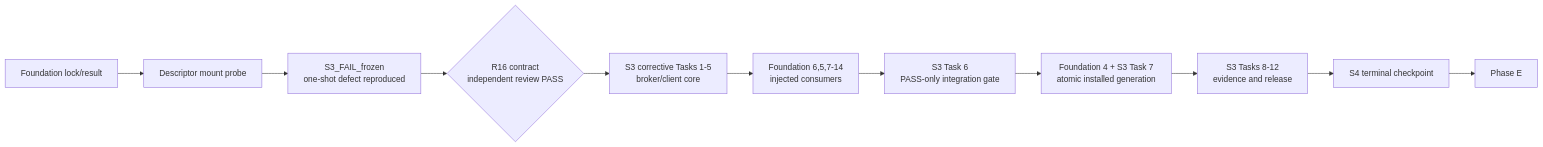
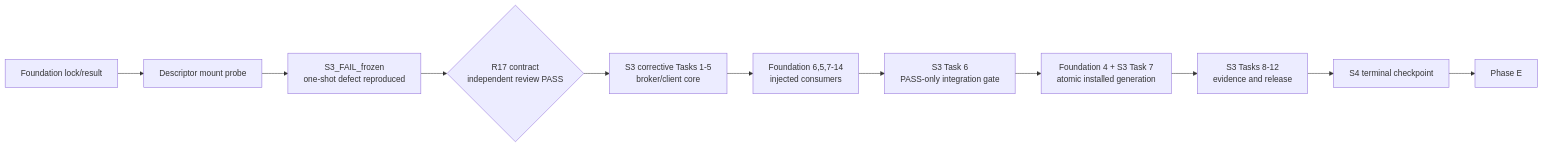
The diagram in docs/superpowers/plans/2026-09-02-v054-completion-program.md (Jonassuhard/cortex-bridge), drawn with Mermaid before and after one commit. The commit also changed other lines of this file and 7 other files, not shown here.

````diff
--- a/docs/superpowers/plans/2026-09-02-v054-completion-program.md
+++ b/docs/superpowers/plans/2026-09-02-v054-completion-program.md
@@ -56,13 +56,13 @@
 ```mermaid
 flowchart LR
     S1[Foundation lock/result] --> S2[Descriptor mount probe]
     S2 --> F[S3_FAIL_frozen<br/>one-shot defect reproduced]
-    F --> R{R16 contract<br/>independent review PASS}
+    F --> R{R17 contract<br/>independent review PASS}
     R --> C[S3 corrective Tasks 1-5<br/>broker/client core]
     C --> FC[Foundation 6,5,7-14<br/>injected consumers]
     FC --> G[S3 Task 6<br/>PASS-only integration gate]
     G --> IN[Foundation 4 + S3 Task 7<br/>atomic installed generation]
     IN --> EV[S3 Tasks 8-12<br/>evidence and release]
     EV --> S4[S4 terminal checkpoint]
     S4 --> E[Phase E]
 ```
````
